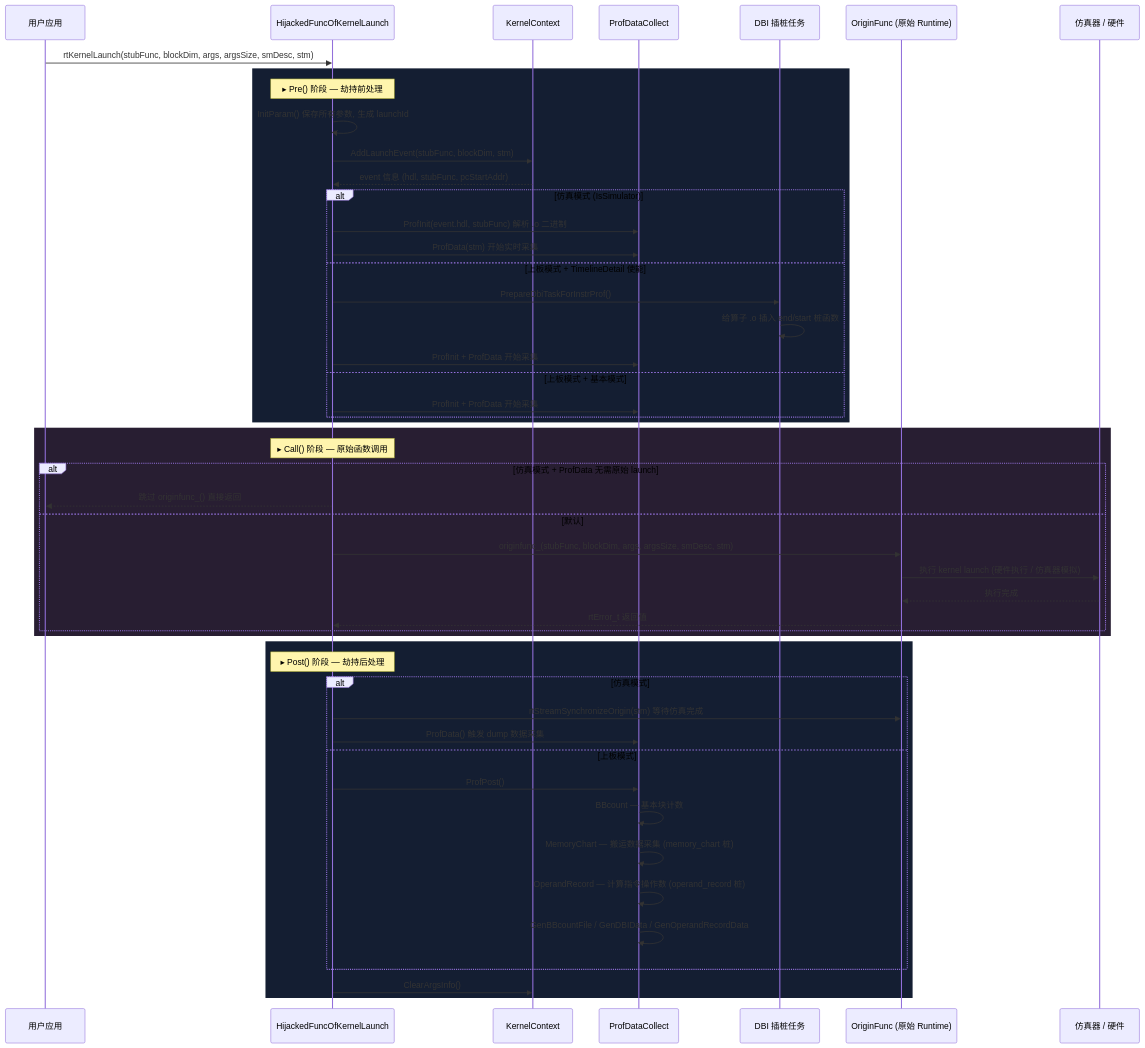
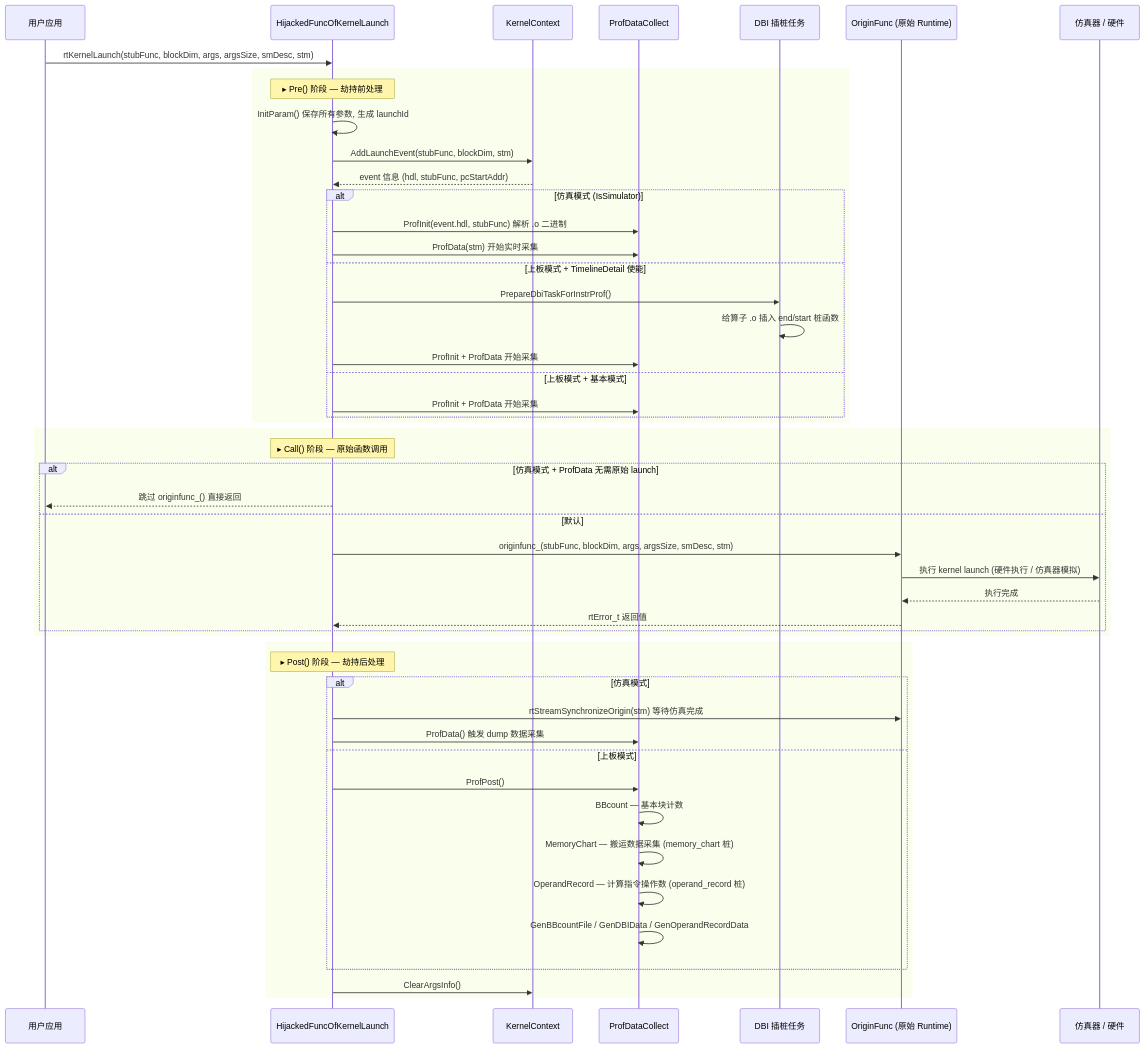
One commit to Pastens/Pastens.github.io changed the fourth of 10 diagrams in content/Knowledge/开源项目分析/msOpProf Simulator 模式深度技术分析.md. Above: the diagram before and after it, drawn with Mermaid. The commit also changed other lines of this file, not shown here.

Commit message:
fix: mermaid syntax errors in msOpProf analysis (elk→dagre, rgb→hex)

````diff
--- a/content/Knowledge/开源项目分析/msOpProf Simulator 模式深度技术分析.md
+++ b/content/Knowledge/开源项目分析/msOpProf Simulator 模式深度技术分析.md
@@ -513,57 +512,57 @@
 ```mermaid
 sequenceDiagram
     participant App as 用户应用
     participant Hook as HijackedFuncOfKernelLaunch
     participant KCtx as KernelContext
     participant Prof as ProfDataCollect
     participant DBITask as DBI 插桩任务
     participant Orig as OriginFunc (原始 Runtime)
     participant Sim as 仿真器 / 硬件
 
     App->>Hook: rtKernelLaunch(stubFunc, blockDim, args, argsSize, smDesc, stm)
 
-    rect rgb(20, 30, 50)
+    rect #141E32
         Note over Hook: ▸ Pre() 阶段 — 劫持前处理
         Hook->>Hook: InitParam() 保存所有参数, 生成 launchId
         Hook->>KCtx: AddLaunchEvent(stubFunc, blockDim, stm)
         KCtx-->>Hook: event 信息 (hdl, stubFunc, pcStartAddr)
 
         alt 仿真模式 (IsSimulator)
             Hook->>Prof: ProfInit(event.hdl, stubFunc) 解析 .o 二进制
             Hook->>Prof: ProfData(stm) 开始实时采集
         else 上板模式 + TimelineDetail 使能
             Hook->>DBITask: PrepareDbiTaskForInstrProf()
             DBITask->>DBITask: 给算子 .o 插入 end/start 桩函数
             Hook->>Prof: ProfInit + ProfData 开始采集
         else 上板模式 + 基本模式
             Hook->>Prof: ProfInit + ProfData 开始采集
         end
     end
 
-    rect rgb(40, 30, 50)
+    rect #281E32
         Note over Hook: ▸ Call() 阶段 — 原始函数调用
         alt 仿真模式 + ProfData 无需原始 launch
             Hook-->>App: 跳过 originfunc_() 直接返回
         else 默认
             Hook->>Orig: originfunc_(stubFunc, blockDim, args, argsSize, smDesc, stm)
             Orig->>Sim: 执行 kernel launch (硬件执行 / 仿真器模拟)
             Sim-->>Orig: 执行完成
             Orig-->>Hook: rtError_t 返回值
         end
     end
 
-    rect rgb(20, 30, 50)
+    rect #141E32
         Note over Hook: ▸ Post() 阶段 — 劫持后处理
         alt 仿真模式
             Hook->>Orig: rtStreamSynchronizeOrigin(stm) 等待仿真完成
             Hook->>Prof: ProfData() 触发 dump 数据采集
         else 上板模式
             Hook->>Prof: ProfPost()
             Prof->>Prof: BBcount — 基本块计数
             Prof->>Prof: MemoryChart — 搬运数据采集 (memory_chart 桩)
             Prof->>Prof: OperandRecord — 计算指令操作数 (operand_record 桩)
             Prof->>Prof: GenBBcountFile / GenDBIData / GenOperandRecordData
         end
         Hook->>KCtx: ClearArgsInfo()
     end
 ```
````
